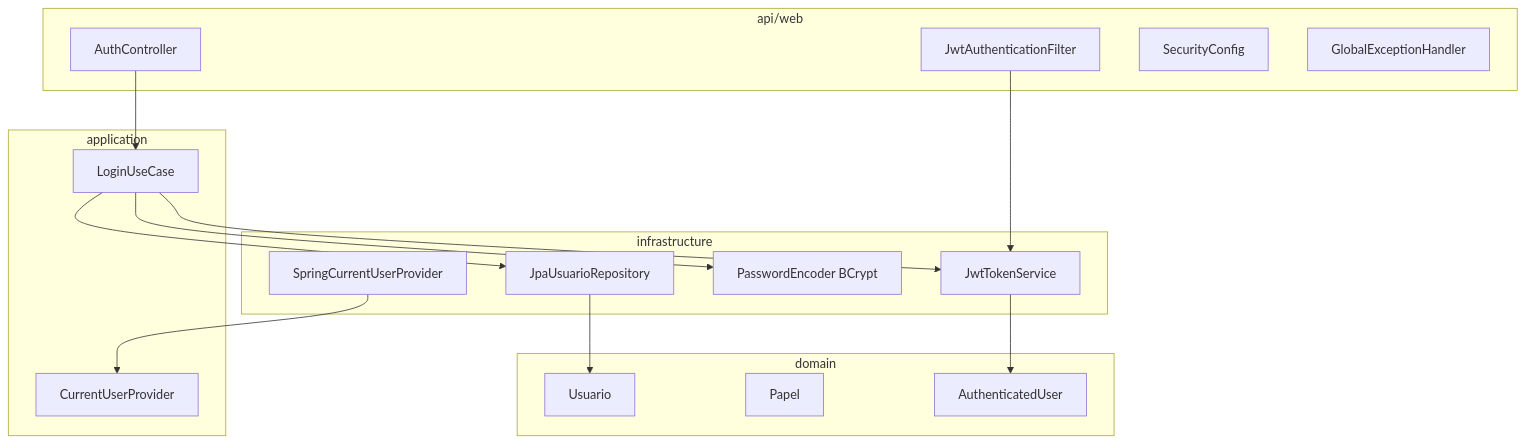
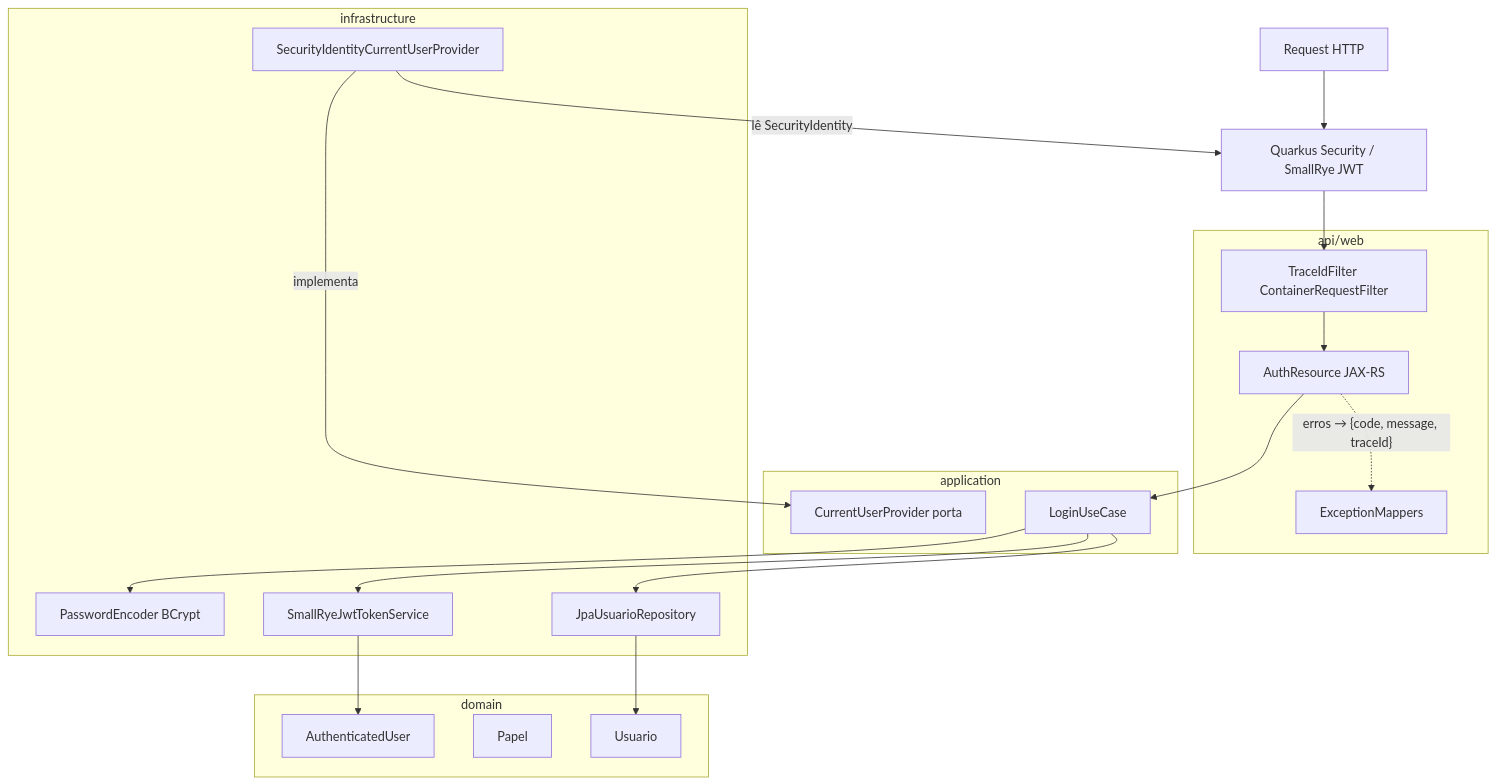
The diagram in openspec/modules/01-autenticacao-e-papeis/design.md (thiagohaf/adjt-fase4-feedback), drawn with Mermaid before and after one commit. The commit also changed other lines of this file and 4 other files, not shown here.

First line of the commit message:
docs(spec): re-baseline modulo 01 auth para Quarkus 3.33 LTS (Passo 3 da Sprint Change Proposal)

````diff
--- a/openspec/modules/01-autenticacao-e-papeis/design.md
+++ b/openspec/modules/01-autenticacao-e-papeis/design.md
@@ -16,32 +16,32 @@
 ```mermaid
 flowchart TB
+  REQ[Request HTTP] --> QS[Quarkus Security / SmallRye JWT]
+  QS --> TF
   subgraph api [api/web]
-    AC[AuthController]
-    JF[JwtAuthenticationFilter]
-    SC[SecurityConfig]
-    EH[GlobalExceptionHandler]
+    TF[TraceIdFilter ContainerRequestFilter] --> AC[AuthResource JAX-RS]
+    AC -. "erros → {code, message, traceId}" .-> EH[ExceptionMappers]
   end
   subgraph application [application]
     LU[LoginUseCase]
-    CP[CurrentUserProvider]
+    CP[CurrentUserProvider porta]
   end
   subgraph domain [domain]
     U[Usuario]
     R[Papel]
     AU[AuthenticatedUser]
   end
   subgraph infrastructure [infrastructure]
     UR[JpaUsuarioRepository]
-    TS[JwtTokenService]
+    TS[SmallRyeJwtTokenService]
     PC[PasswordEncoder BCrypt]
-    SP[SpringCurrentUserProvider]
+    SI[SecurityIdentityCurrentUserProvider]
   end
   AC --> LU
-  JF --> TS
   LU --> UR
   LU --> TS
   LU --> PC
   UR --> U
   TS --> AU
-  SP --> CP
+  SI -->|lê SecurityIdentity| QS
+  SI -->|implementa| CP
 ```
````
